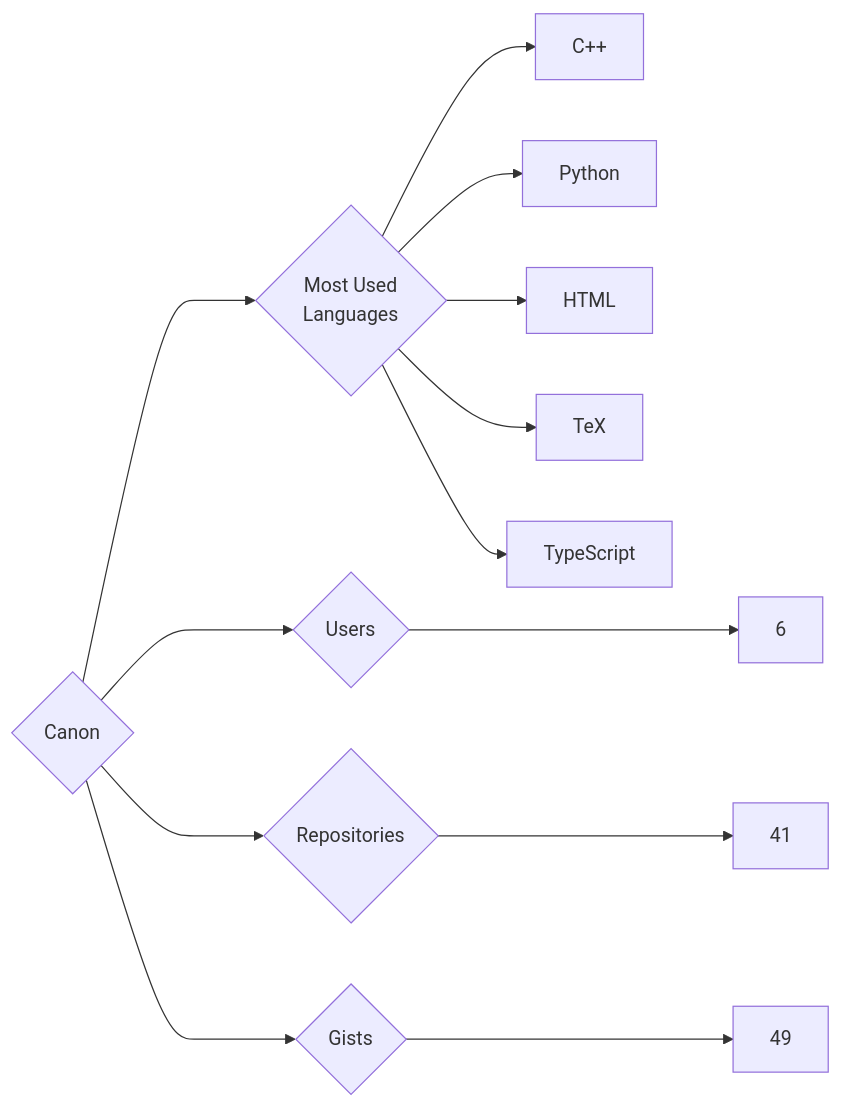
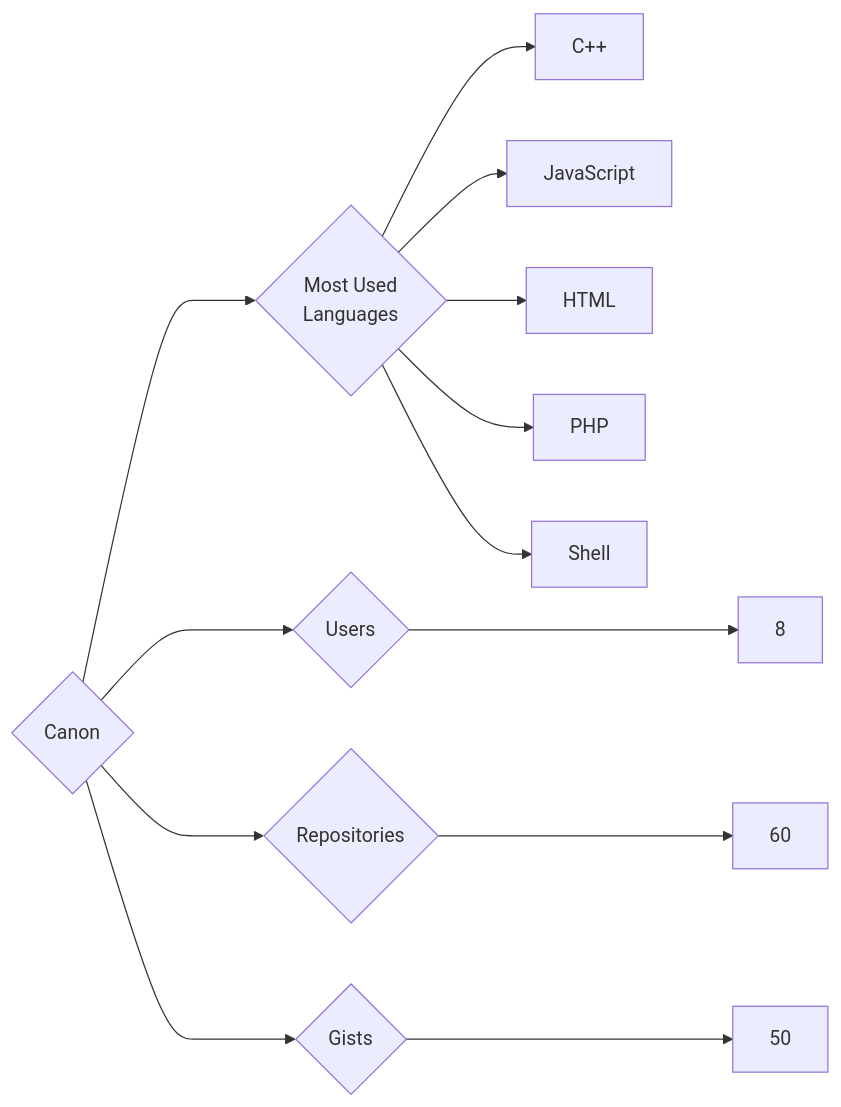
Before and after one commit to trickest/insiders: the diagram in targets/Canon/README.md, drawn with Mermaid. The commit also changed 1088 other files, not shown here.

````diff
--- a/targets/Canon/README.md
+++ b/targets/Canon/README.md
@@ -3,13 +3,13 @@
 ```mermaid
 graph LR
 COMPANY_NAME{Canon}
-COMPANY_NAME ---> U{Users} ---> UN[6]
-COMPANY_NAME ---> R{Repositories} ---> RN[41]
-COMPANY_NAME ---> G{Gists} ---> GN[49]
+COMPANY_NAME ---> U{Users} ---> UN[8]
+COMPANY_NAME ---> R{Repositories} ---> RN[60]
+COMPANY_NAME ---> G{Gists} ---> GN[50]
 COMPANY_NAME ---> ML{Most Used<br>Languages}
 ML --> C++[C++]
-ML --> Python[Python]
+ML --> JavaScript[JavaScript]
 ML --> HTML[HTML]
-ML --> TeX[TeX]
-ML --> TypeScript[TypeScript]
+ML --> PHP[PHP]
+ML --> Shell[Shell]
 ```
````
